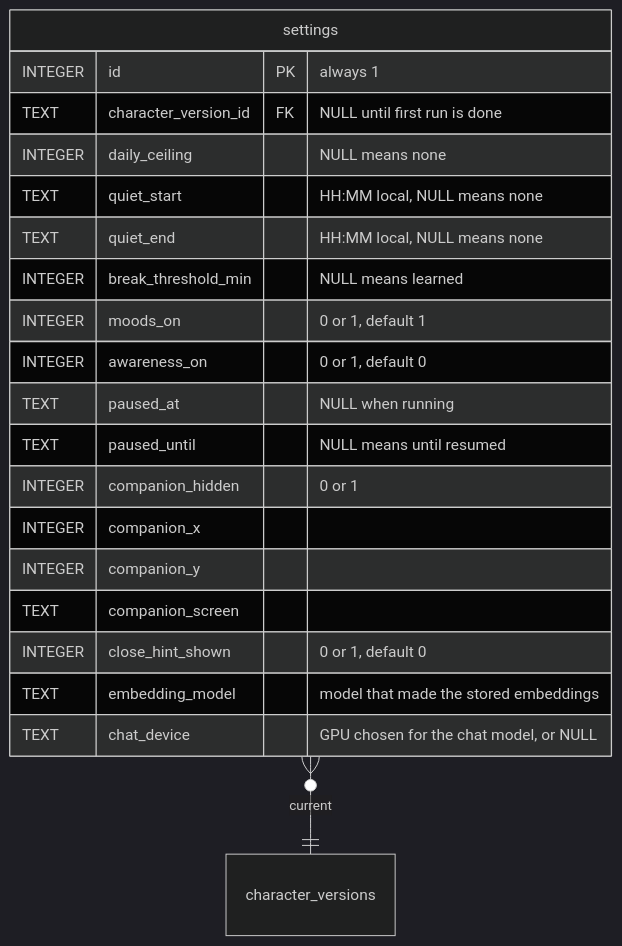
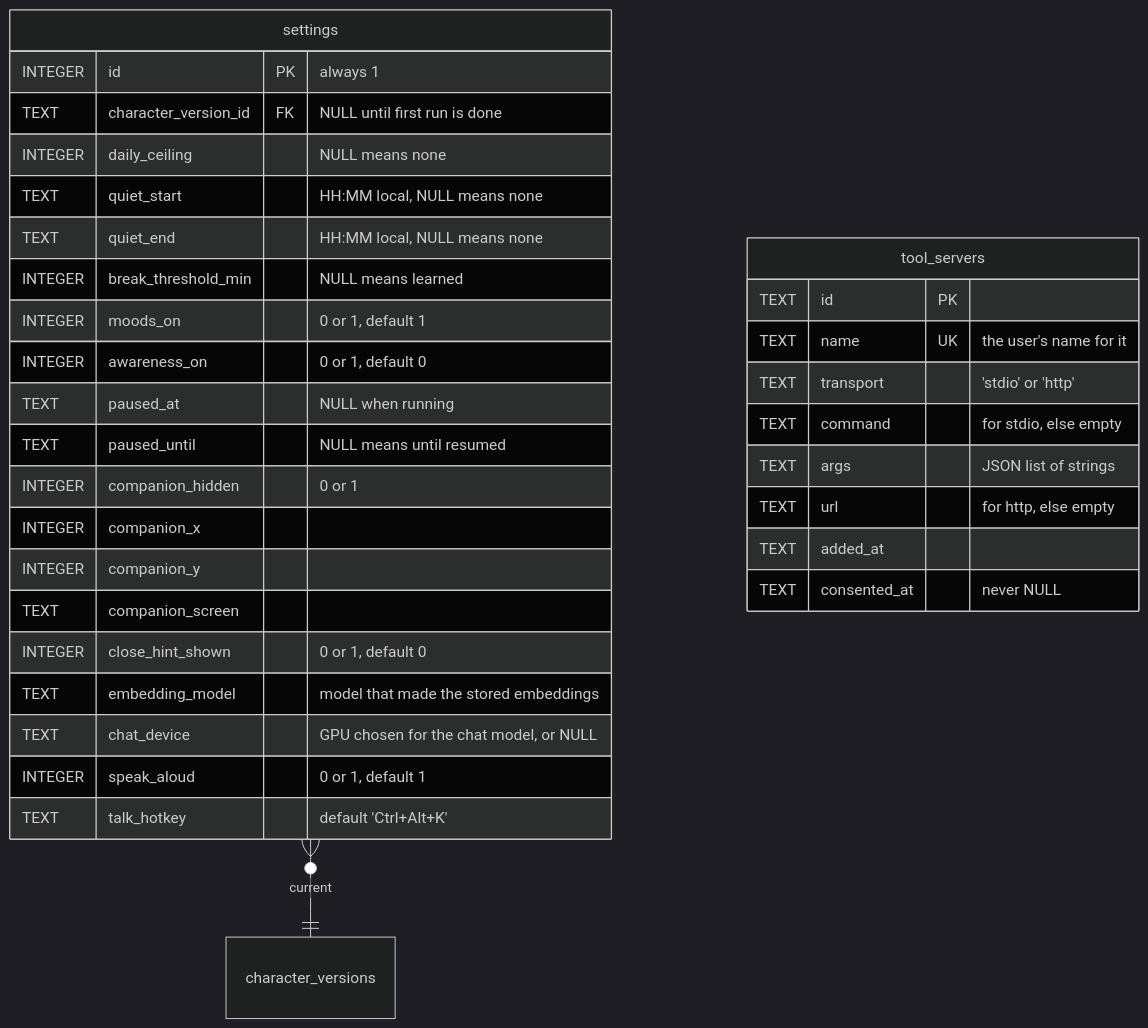
One commit to NguyenVu04/cognia changed the ninth of 9 diagrams in docs/ERD.md. Above: the diagram before and after it, drawn with Mermaid (dark theme). The commit also changed other lines of this file and 29 other files, not shown here.

````diff
--- a/docs/ERD.md
+++ b/docs/ERD.md
@@ -793,23 +794,36 @@
 ```mermaid
 erDiagram
     settings {
         INTEGER id PK "always 1"
         TEXT character_version_id FK "NULL until first run is done"
         INTEGER daily_ceiling "NULL means none"
         TEXT quiet_start "HH:MM local, NULL means none"
         TEXT quiet_end "HH:MM local, NULL means none"
         INTEGER break_threshold_min "NULL means learned"
         INTEGER moods_on "0 or 1, default 1"
         INTEGER awareness_on "0 or 1, default 0"
         TEXT paused_at "NULL when running"
         TEXT paused_until "NULL means until resumed"
         INTEGER companion_hidden "0 or 1"
         INTEGER companion_x
         INTEGER companion_y
         TEXT companion_screen
         INTEGER close_hint_shown "0 or 1, default 0"
         TEXT embedding_model "model that made the stored embeddings"
         TEXT chat_device "GPU chosen for the chat model, or NULL"
+        INTEGER speak_aloud "0 or 1, default 1"
+        TEXT talk_hotkey "default 'Ctrl+Alt+K'"
     }
     settings }o--|| character_versions : "current"
+
+    tool_servers {
+        TEXT id PK
+        TEXT name UK "the user's name for it"
+        TEXT transport "'stdio' or 'http'"
+        TEXT command "for stdio, else empty"
+        TEXT args "JSON list of strings"
+        TEXT url "for http, else empty"
+        TEXT added_at
+        TEXT consented_at "never NULL"
+    }
 ```
````
